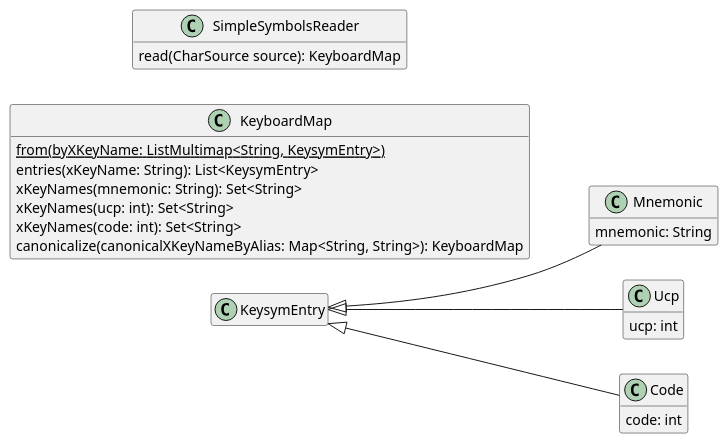
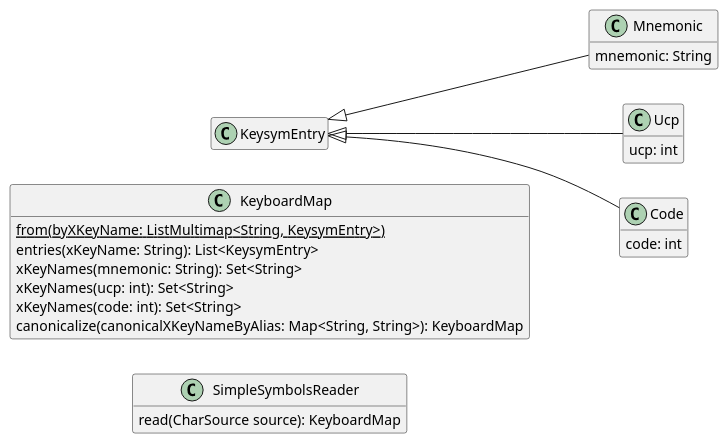
One commit to oliviercailloux/Keyboardd changed the diagram in Mapping.wsd. Above: the diagram before and after it, drawn with PlantUML. The commit also changed 6 other files, not shown here.

```diff
--- a/Mapping.wsd
+++ b/Mapping.wsd
@@ -1,33 +1,36 @@
 @startuml Mapping
 hide empty members
 left to right direction
 
 class "KeysymEntry" {}
 class "Mnemonic" {
   mnemonic: String
 }
 class "Ucp" {
   ucp: int
 }
 class "Code" {
   code: int
 }
 
 "KeysymEntry" <|-- "Mnemonic"
 "KeysymEntry" <|-- "Ucp"
 "KeysymEntry" <|-- "Code"
 
 class "KeyboardMap" {
   {static} from(byXKeyName: ListMultimap<String, KeysymEntry>)
   entries(xKeyName: String): List<KeysymEntry>
   xKeyNames(mnemonic: String): Set<String>
   xKeyNames(ucp: int): Set<String>
   xKeyNames(code: int): Set<String>
   canonicalize(canonicalXKeyNameByAlias: Map<String, String>): KeyboardMap
 }
 
 class "SimpleSymbolsReader" {
   read(CharSource source): KeyboardMap
 }
 
+KeysymEntry -[hidden]> KeyboardMap
+KeyboardMap -[hidden]> SimpleSymbolsReader
+
 @enduml
```
